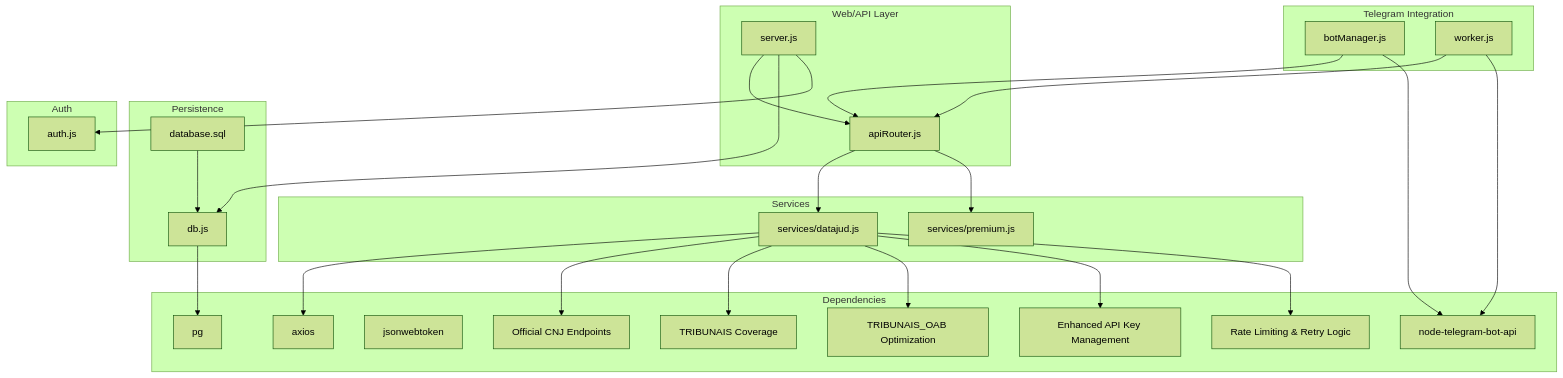
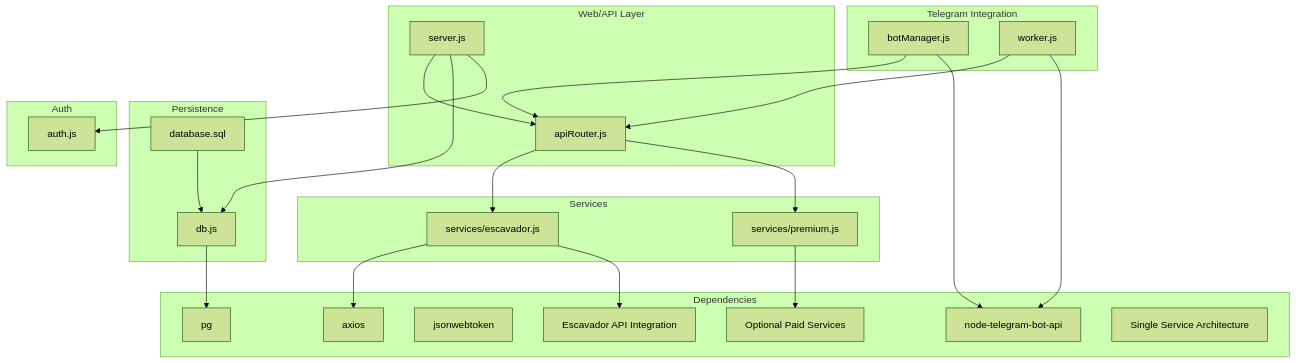
The first of 4 diagrams in .qoder/repowiki/en/content/API Integration Layer/DataJud Free Service Integration.md (Alexandrexicara/bot-processos), drawn with Mermaid (forest theme) before and after one commit. The commit also changed other lines of this file and 6 other files, not shown here.

````diff
--- a/.qoder/repowiki/en/content/API Integration Layer/DataJud Free Service Integration.md
+++ b/.qoder/repowiki/en/content/API Integration Layer/DataJud Free Service Integration.md
@@ -53,50 +53,45 @@
 ```mermaid
 graph TB
 subgraph "Web/API Layer"
 S["server.js"]
 R["apiRouter.js"]
 end
 subgraph "Services"
-D["services/datajud.js"]
+E["services/escavador.js"]
 P["services/premium.js"]
 end
 subgraph "Telegram Integration"
 BM["botManager.js"]
 W["worker.js"]
 end
 subgraph "Persistence"
 DB["db.js"]
 SCHEMA["database.sql"]
 end
 subgraph "Auth"
 A["auth.js"]
 end
 subgraph "Dependencies"
 AX["axios"]
 PG["pg"]
 JWT["jsonwebtoken"]
 TG["node-telegram-bot-api"]
-ENDPT["Official CNJ Endpoints"]
-ENDPT2["TRIBUNAIS Coverage"]
-ENDPT3["TRIBUNAIS_OAB Optimization"]
-ENDPT4["Enhanced API Key Management"]
-ENDPT5["Rate Limiting & Retry Logic"]
+ESC["Escavador API Integration"]
+PAY["Optional Paid Services"]
+ENDPT["Single Service Architecture"]
 end
 S --> R
-R --> D
+R --> E
 R --> P
 BM --> R
 W --> R
 S --> DB
 DB --> PG
 S --> A
-D --> AX
-D --> ENDPT
-D --> ENDPT2
-D --> ENDPT3
-D --> ENDPT4
-D --> ENDPT5
+E --> AX
+E --> ESC
+P --> PAY
 BM --> TG
 W --> TG
 SCHEMA --> DB
 ```
````
